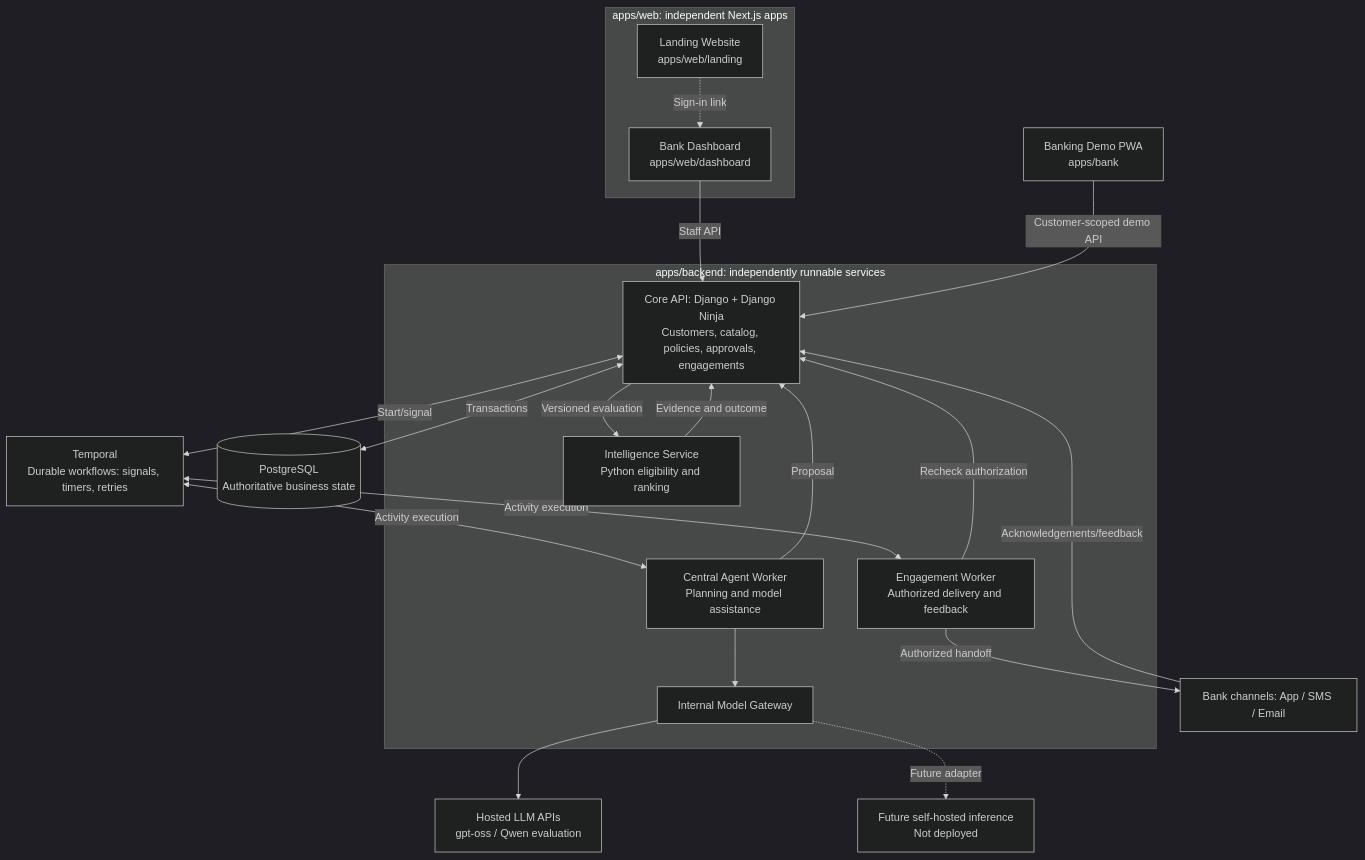
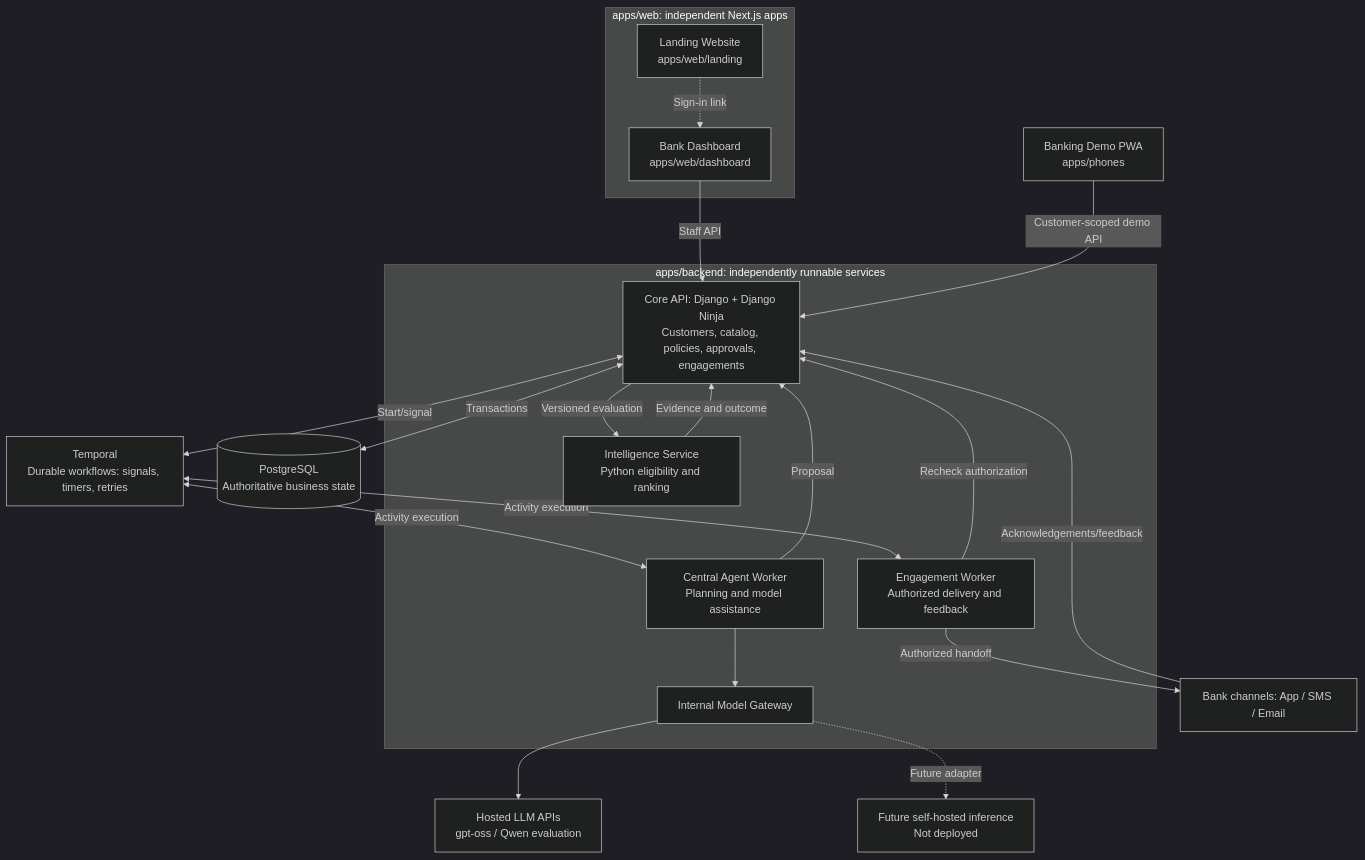
One commit to onerandomd3v/cuebik changed the first of 4 diagrams in ARCHITECTURE.md. Above: the diagram before and after it, drawn with Mermaid (dark theme). The commit also changed other lines of this file and 1 other file, not shown here.

Commit message:
chore: rename standalone virtual phone app to phones

````diff
--- a/ARCHITECTURE.md
+++ b/ARCHITECTURE.md
@@ -50,36 +50,36 @@
 ```mermaid
 flowchart TB
     subgraph WEB["apps/web: independent Next.js apps"]
         M["Landing Website<br/>apps/web/landing"]
         D["Bank Dashboard<br/>apps/web/dashboard"]
     end
-    P["Banking Demo PWA<br/>apps/bank"]
+    P["Banking Demo PWA<br/>apps/phones"]
     subgraph B["apps/backend: independently runnable services"]
         API["Core API: Django + Django Ninja<br/>Customers, catalog, policies, approvals, engagements"]
         REC["Intelligence Service<br/>Python eligibility and ranking"]
         AG["Central Agent Worker<br/>Planning and model assistance"]
         EN["Engagement Worker<br/>Authorized delivery and feedback"]
         GW["Internal Model Gateway"]
     end
     DB[("PostgreSQL<br/>Authoritative business state")]
     T["Temporal<br/>Durable workflows: signals, timers, retries"]
     L["Hosted LLM APIs<br/>gpt-oss / Qwen evaluation"]
     F["Future self-hosted inference<br/>Not deployed"]
     C["Bank channels: App / SMS / Email"]
     M -. "Sign-in link" .-> D
     D -->|"Staff API"| API
     P -->|"Customer-scoped demo API"| API
     API <-->|"Transactions"| DB
     API -->|"Versioned evaluation"| REC
     REC -->|"Evidence and outcome"| API
     API <-->|"Start/signal"| T
     T <-->|"Activity execution"| AG
     T <-->|"Activity execution"| EN
     AG -->|"Proposal"| API
     AG --> GW
     GW --> L
     GW -. "Future adapter" .-> F
     EN -->|"Recheck authorization"| API
     EN -->|"Authorized handoff"| C
     C -->|"Acknowledgements/feedback"| API
 ```
````
